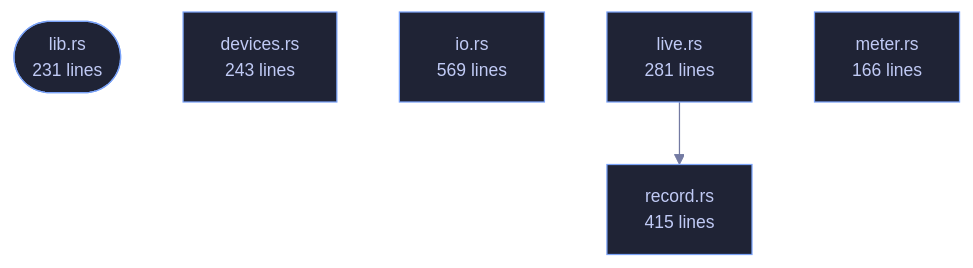
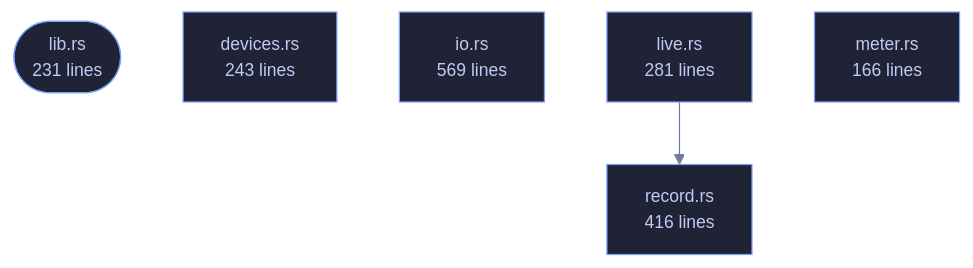
One commit to tilas01/veilvoice changed the diagram in wiki/Crate-veilvoice-audio.md. Above: the diagram before and after it, drawn with Mermaid. The commit also changed other lines of this file and 35 other files, not shown here.

````diff
--- a/wiki/Crate-veilvoice-audio.md
+++ b/wiki/Crate-veilvoice-audio.md
@@ -67,17 +67,17 @@
 ```mermaid
 %%{init: {"theme":"base","themeVariables":{"background":"#1a1b26","primaryColor":"#1f2335","primaryTextColor":"#c0caf5","primaryBorderColor":"#7aa2f7","secondaryColor":"#16161e","tertiaryColor":"#16161e","lineColor":"#737aa2","textColor":"#c0caf5","mainBkg":"#1f2335","nodeBorder":"#7aa2f7","clusterBkg":"#16161e","clusterBorder":"#2f3549","fontFamily":"ui-monospace, SFMono-Regular, Consolas, monospace","fontSize":"14px"}}}%%
 flowchart TD
     n_lib(["lib.rs<br/>231 lines"])
     n_devices["devices.rs<br/>243 lines"]
     n_io["io.rs<br/>569 lines"]
     n_live["live.rs<br/>281 lines"]
     n_meter["meter.rs<br/>166 lines"]
-    n_record["record.rs<br/>415 lines"]
+    n_record["record.rs<br/>416 lines"]
     n_live --> n_record
     click n_lib href "https://github.com/tilas01/veilvoice/blob/main/crates/veilvoice-audio/src/lib.rs" "open the source"
     click n_devices href "https://github.com/tilas01/veilvoice/blob/main/crates/veilvoice-audio/src/devices.rs" "open the source"
     click n_io href "https://github.com/tilas01/veilvoice/blob/main/crates/veilvoice-audio/src/io.rs" "open the source"
     click n_live href "https://github.com/tilas01/veilvoice/blob/main/crates/veilvoice-audio/src/live.rs" "open the source"
     click n_meter href "https://github.com/tilas01/veilvoice/blob/main/crates/veilvoice-audio/src/meter.rs" "open the source"
     click n_record href "https://github.com/tilas01/veilvoice/blob/main/crates/veilvoice-audio/src/record.rs" "open the source"
 ```
````
